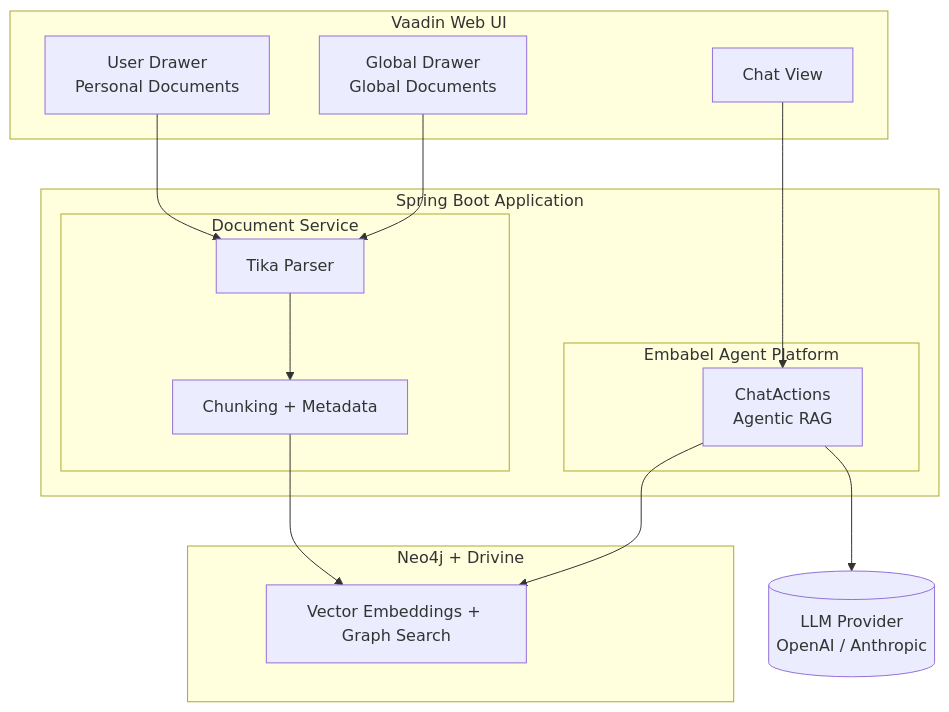
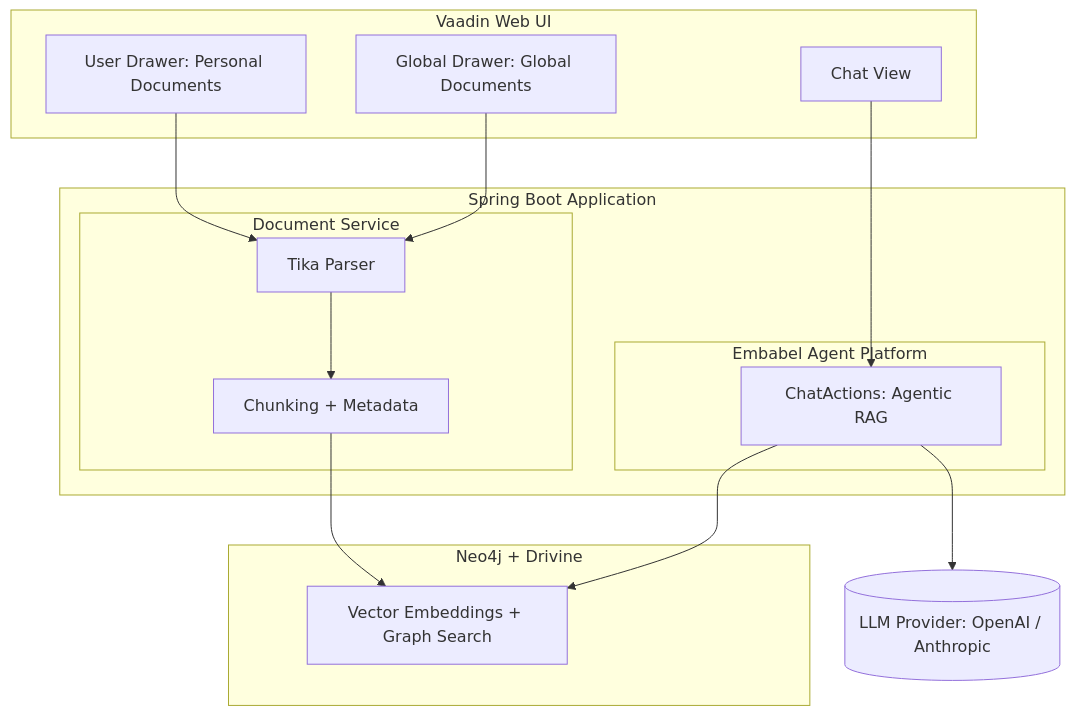
Before and after one commit to embabel/urbot: the first of 3 diagrams in README.md, drawn with Mermaid. The commit also changed other lines of this file, not shown here.

````diff
--- a/README.md
+++ b/README.md
@@ -30,32 +30,32 @@
 ```mermaid
 graph TB
     subgraph UI["Vaadin Web UI"]
         CV[Chat View]
-        UD[User Drawer<br/>Personal Documents]
-        GD[Global Drawer<br/>Global Documents]
+        UD[User Drawer: Personal Documents]
+        GD[Global Drawer: Global Documents]
     end
 
     subgraph App["Spring Boot Application"]
         subgraph Agent["Embabel Agent Platform"]
-            CA[ChatActions<br/>Agentic RAG]
+            CA[ChatActions: Agentic RAG]
         end
         subgraph Docs["Document Service"]
             TP[Tika Parser]
             CH[Chunking + Metadata]
         end
     end
 
     subgraph Store["Neo4j + Drivine"]
         EMB[Vector Embeddings + Graph Search]
     end
 
-    LLM[(LLM Provider<br/>OpenAI / Anthropic)]
+    LLM[(LLM Provider: OpenAI / Anthropic)]
 
     CV --> CA
     UD --> TP
     GD --> TP
     TP --> CH
     CH --> EMB
     CA --> EMB
     CA --> LLM
 ```
````
